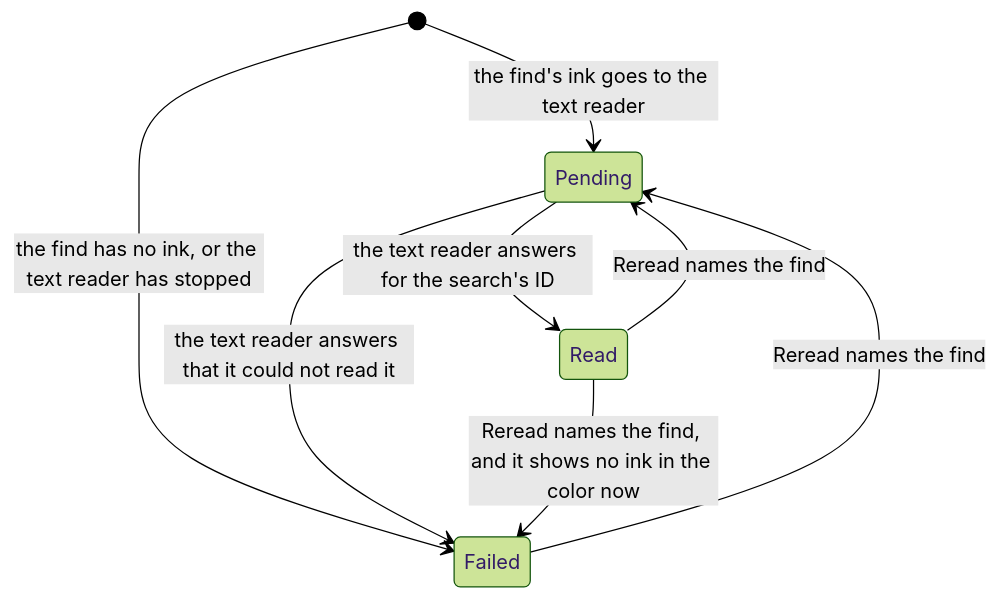
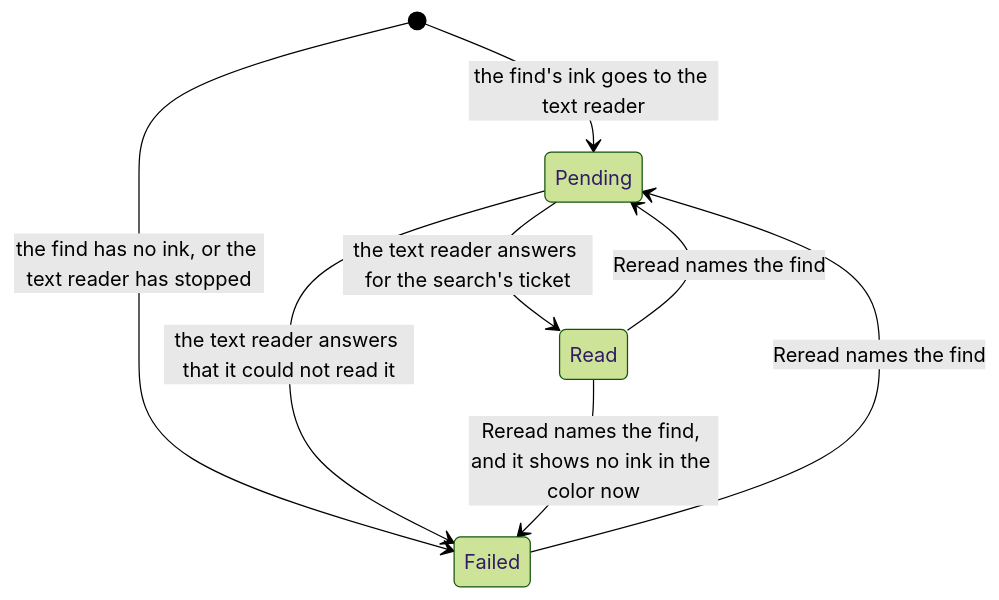
Before and after one commit to TheLunchTrae/appy-tappy: diagram 37 of 43 in wiki/State-machines.md, drawn with Mermaid (forest theme). The commit also changed other lines of this file and 178 other files, not shown here.

````diff
--- a/wiki/State-machines.md
+++ b/wiki/State-machines.md
@@ -2278,10 +2377,10 @@
 ```mermaid
 stateDiagram-v2
     [*] --> Pending: the find's ink goes to the text reader
     [*] --> Failed: the find has no ink, or the text reader has stopped
-    Pending --> Read: the text reader answers for the search's ID
+    Pending --> Read: the text reader answers for the search's ticket
     Pending --> Failed: the text reader answers that it could not read it
     Read --> Pending: Reread names the find
     Failed --> Pending: Reread names the find
     Read --> Failed: Reread names the find, and it shows no ink in the color now
 ```
````
